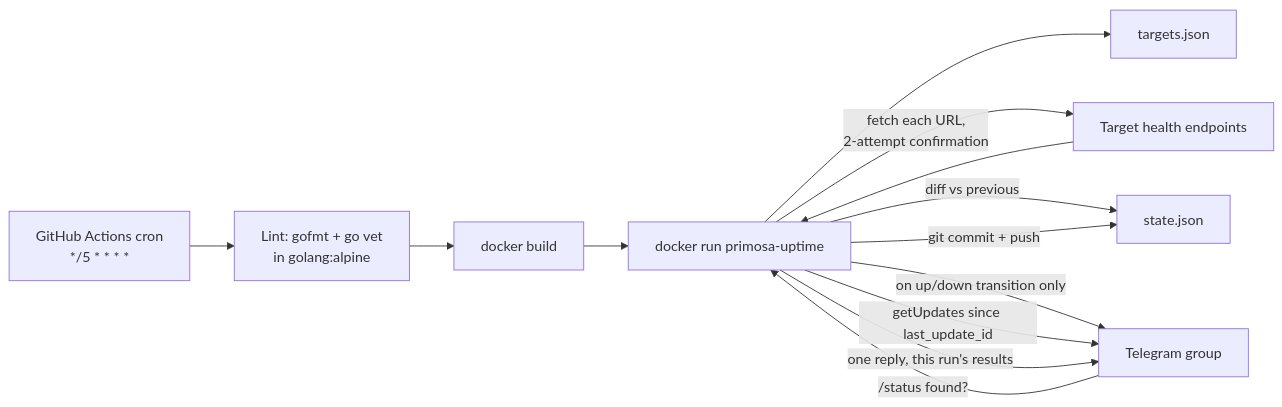
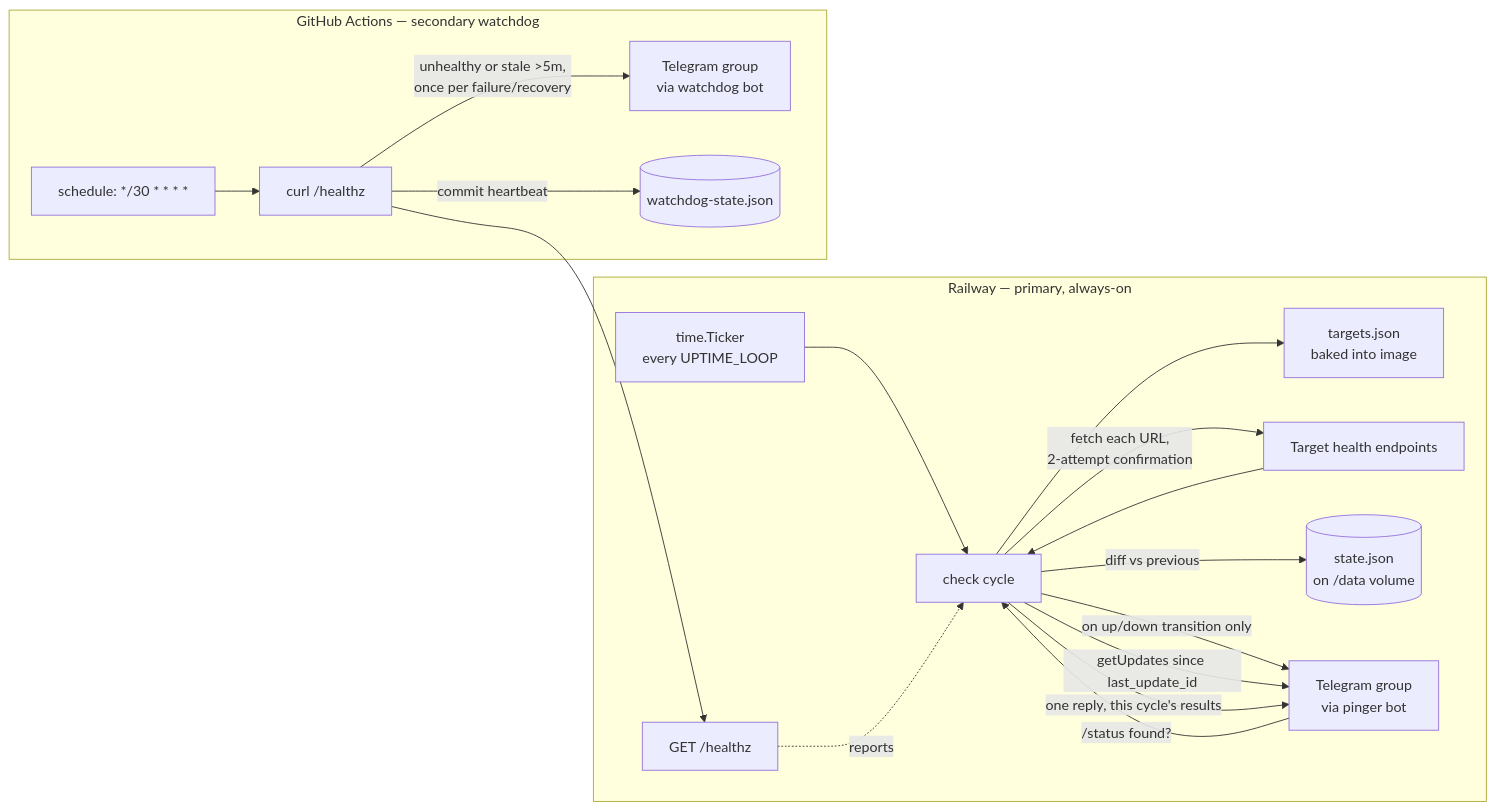
One commit to nickx720/primosa-uptime changed the first of 2 diagrams in docs/002-architecture.md. Above: the diagram before and after it, drawn with Mermaid. The commit also changed other lines of this file and 14 other files, not shown here.

First line of the commit message:
feat: move primary monitoring to an always-on Railway loop, demote GitHub cron to a watchdog

````diff
--- a/docs/002-architecture.md
+++ b/docs/002-architecture.md
@@ -9,15 +12,22 @@
 ```mermaid
 flowchart LR
-    A[GitHub Actions cron<br/>*/5 * * * *] --> L[Lint: gofmt + go vet<br/>in golang:alpine]
-    L --> B[docker build]
-    B --> R[docker run primosa-uptime]
-    R --> C[targets.json]
-    R -->|fetch each URL,<br/>2-attempt confirmation| D[Target health endpoints]
-    D --> R
-    R -->|diff vs previous| E[state.json]
-    R -->|on up/down transition only| F[Telegram group]
-    R -->|getUpdates since last_update_id| F
-    F -->|/status found?| R
-    R -->|one reply, this run's results| F
-    R -->|git commit + push| E
+    subgraph Railway["Railway — primary, always-on"]
+        T[time.Ticker<br/>every UPTIME_LOOP] --> R[check cycle]
+        R --> TJ[targets.json<br/>baked into image]
+        R -->|fetch each URL,<br/>2-attempt confirmation| D[Target health endpoints]
+        D --> R
+        R -->|diff vs previous| S[(state.json<br/>on /data volume)]
+        R -->|on up/down transition only| F1[Telegram group<br/>via pinger bot]
+        R -->|getUpdates since last_update_id| F1
+        F1 -->|/status found?| R
+        R -->|one reply, this cycle's results| F1
+        H[GET /healthz] -.reports.-> R
+    end
+
+    subgraph GitHub["GitHub Actions — secondary watchdog"]
+        W[schedule: */30 * * * *] --> C[curl /healthz]
+        C --> H
+        C -->|unhealthy or stale >5m,<br/>once per failure/recovery| F2[Telegram group<br/>via watchdog bot]
+        C -->|commit heartbeat| WS[(watchdog-state.json)]
+    end
 ```
````
